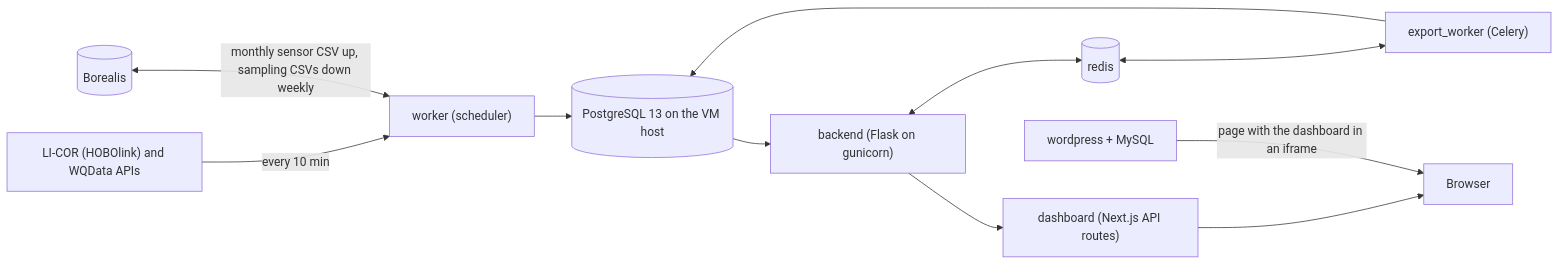
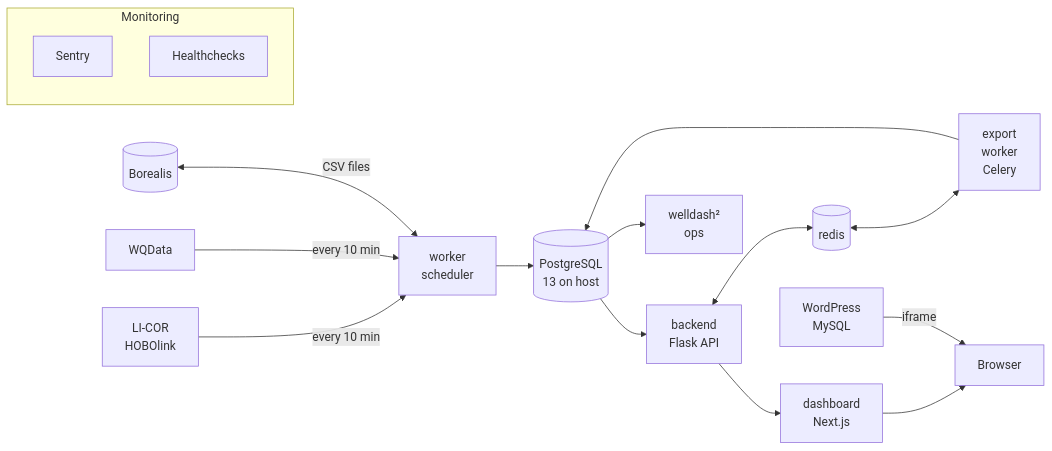
The diagram in README.md (ARCO-Lab/WELLWebsite), drawn with Mermaid before and after one commit. The commit also changed other lines of this file, not shown here.

Commit message:
Fix the README architecture diagram's cut-off labels (#96)
* Rewrite the README architecture diagram so GitHub shows every label in full

GitHub's Mermaid renderer cut the long node and edge labels off ("LI-COR (HOBOlin...",
"monthly sensor CSV up, sam..."). The labels are now a word or two per line, drawn as
plain SVG text instead of HTML, and the detail they carried moved into the numbered list
under the diagram, which now also covers WordPress and welldash².

* Keep every diagram label line well inside the 120 px node width

GitHub ignores the htmlLabels setting and draws each node 120 px wide, so lines such as
"Healthchecks.io" and "export_worker" left almost no room; with a wider fallback font
they would be cut off again. Shorter lines leave room for that.

* Point the welldash² arrow from PostgreSQL to welldash², and say what it reads from Sentry and Healthchecks

welldash² only reads the database, so the arrow now shows data flowing to it. Its Overview
page also shows Sentry issues and Healthchecks.io heartbeats when their read-only keys are
set, which the architecture list didn't mention.

````diff
--- a/README.md
+++ b/README.md
@@ -22,13 +22,19 @@
 ```mermaid
 flowchart LR
-  vendors["LI-COR (HOBOlink) and WQData APIs"] -->|every 10 min| worker
-  borealis[("Borealis")] <-->|monthly sensor CSV up, sampling CSVs down weekly| worker
-  worker["worker (scheduler)"] --> pg[("PostgreSQL 13 on the VM host")]
-  pg --> backend["backend (Flask on gunicorn)"]
+  licor["LI-COR<br/>HOBOlink"] -->|every 10 min| worker
+  wqdata["WQData"] -->|every 10 min| worker
+  borealis[("Borealis")] <-->|CSV files| worker
+  worker["worker<br/>scheduler"] --> pg[("PostgreSQL<br/>13 on host")]
+  pg --> backend["backend<br/>Flask API"]
   backend <--> redis[("redis")]
-  redis <--> exp["export_worker (Celery)"]
+  redis <--> exp["export<br/>worker<br/>Celery"]
   exp --> pg
-  backend --> nxt["dashboard (Next.js API routes)"]
+  backend --> nxt["dashboard<br/>Next.js"]
   nxt --> browser["Browser"]
-  wp["wordpress + MySQL"] -->|page with the dashboard in an iframe| browser
+  wp["WordPress<br/>MySQL"] -->|iframe| browser
+  pg --> ops["welldash²<br/>ops"]
+  subgraph mon["Monitoring"]
+    sentry["Sentry"]
+    hc["Healthchecks"]
+  end
 ```
````
